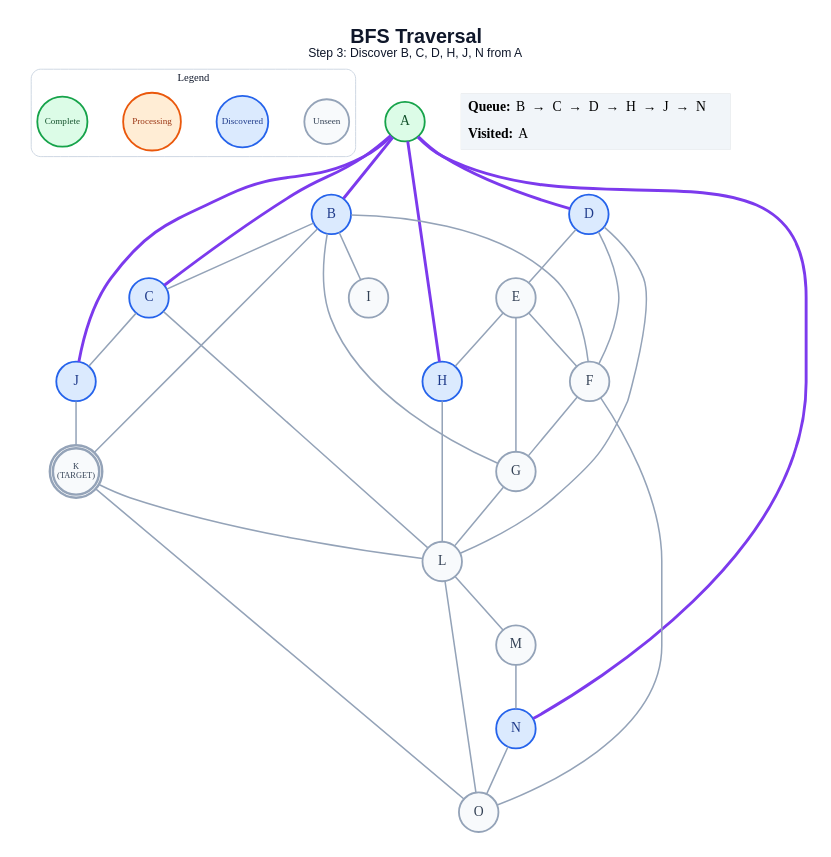
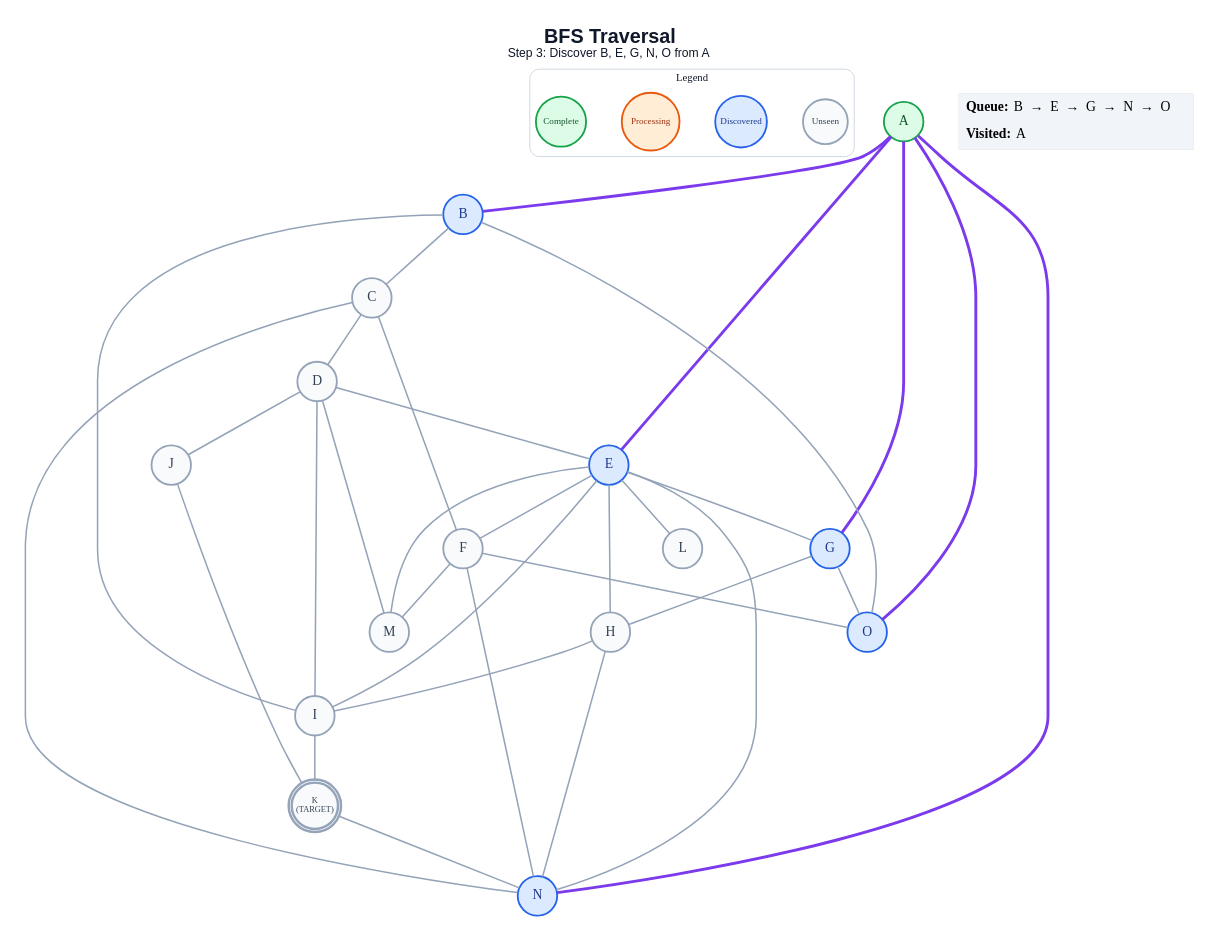
The diagram in generated/bfs/step_03.dot (anon7238593-create/ai-slop), drawn with Graphviz before and after one commit. The commit also changed 263 other files, not shown here.

```diff
--- a/generated/bfs/step_03.dot
+++ b/generated/bfs/step_03.dot
@@ -1,64 +1,66 @@
 graph traversal {
   graph [layout=dot, rankdir=TB, bgcolor="#FFFFFF", pad="0.35", nodesep="0.65", ranksep="0.8", fontname="Arial"];
   node [shape=circle, style="filled", fontname="Arial Bold", fontsize=18, width=0.72, fixedsize=true, penwidth=2.4];
   edge [color="#94A3B8", penwidth=2.0];
-  label=<<B>BFS Traversal</B><BR/><FONT POINT-SIZE="16">Step 3: Discover B, C, D, H, J, N from A</FONT>>; labelloc="t"; fontsize=26; fontname="Arial"; fontcolor="#0F172A";
+  label=<<B>BFS Traversal</B><BR/><FONT POINT-SIZE="16">Step 3: Discover B, E, G, N, O from A</FONT>>; labelloc="t"; fontsize=26; fontname="Arial"; fontcolor="#0F172A";
   subgraph cluster_legend { label="Legend"; color="#CBD5E1"; penwidth=1.2; style="rounded"; fontsize=14; fontname="Arial Bold";
     key_unseen [label="Unseen", fillcolor="#F8FAFC", color="#94A3B8", fontcolor="#334155", fontsize=12, width=0.82];
     key_frontier [label="Discovered", fillcolor="#DBEAFE", color="#2563EB", fontcolor="#1E3A8A", fontsize=12, width=0.95];
     key_current [label="Processing", fillcolor="#FFEDD5", color="#EA580C", fontcolor="#9A3412", fontsize=12, width=1.05];
     key_done [label="Complete", fillcolor="#DCFCE7", color="#16A34A", fontcolor="#14532D", fontsize=12, width=0.92];
     { rank=same; key_unseen; key_frontier; key_current; key_done; }
   }
   A [label="A", fillcolor="#DCFCE7", color="#16A34A", fontcolor="#14532D", peripheries=1, penwidth=2.4];
   B [label="B", fillcolor="#DBEAFE", color="#2563EB", fontcolor="#1E3A8A", peripheries=1, penwidth=2.4];
-  C [label="C", fillcolor="#DBEAFE", color="#2563EB", fontcolor="#1E3A8A", peripheries=1, penwidth=2.4];
-  D [label="D", fillcolor="#DBEAFE", color="#2563EB", fontcolor="#1E3A8A", peripheries=1, penwidth=2.4];
-  E [label="E", fillcolor="#F8FAFC", color="#94A3B8", fontcolor="#334155", peripheries=1, penwidth=2.4];
+  C [label="C", fillcolor="#F8FAFC", color="#94A3B8", fontcolor="#334155", peripheries=1, penwidth=2.4];
+  D [label="D", fillcolor="#F8FAFC", color="#94A3B8", fontcolor="#334155", peripheries=1, penwidth=2.4];
+  E [label="E", fillcolor="#DBEAFE", color="#2563EB", fontcolor="#1E3A8A", peripheries=1, penwidth=2.4];
   F [label="F", fillcolor="#F8FAFC", color="#94A3B8", fontcolor="#334155", peripheries=1, penwidth=2.4];
-  G [label="G", fillcolor="#F8FAFC", color="#94A3B8", fontcolor="#334155", peripheries=1, penwidth=2.4];
-  H [label="H", fillcolor="#DBEAFE", color="#2563EB", fontcolor="#1E3A8A", peripheries=1, penwidth=2.4];
+  G [label="G", fillcolor="#DBEAFE", color="#2563EB", fontcolor="#1E3A8A", peripheries=1, penwidth=2.4];
+  H [label="H", fillcolor="#F8FAFC", color="#94A3B8", fontcolor="#334155", peripheries=1, penwidth=2.4];
   I [label="I", fillcolor="#F8FAFC", color="#94A3B8", fontcolor="#334155", peripheries=1, penwidth=2.4];
-  J [label="J", fillcolor="#DBEAFE", color="#2563EB", fontcolor="#1E3A8A", peripheries=1, penwidth=2.4];
+  J [label="J", fillcolor="#F8FAFC", color="#94A3B8", fontcolor="#334155", peripheries=1, penwidth=2.4];
   K [label="K\n(TARGET)", fillcolor="#F8FAFC", color="#94A3B8", fontcolor="#334155", peripheries=2, penwidth=3.2, fontsize=11, width=0.85, height=0.85];
   L [label="L", fillcolor="#F8FAFC", color="#94A3B8", fontcolor="#334155", peripheries=1, penwidth=2.4];
   M [label="M", fillcolor="#F8FAFC", color="#94A3B8", fontcolor="#334155", peripheries=1, penwidth=2.4];
   N [label="N", fillcolor="#DBEAFE", color="#2563EB", fontcolor="#1E3A8A", peripheries=1, penwidth=2.4];
-  O [label="O", fillcolor="#F8FAFC", color="#94A3B8", fontcolor="#334155", peripheries=1, penwidth=2.4];
+  O [label="O", fillcolor="#DBEAFE", color="#2563EB", fontcolor="#1E3A8A", peripheries=1, penwidth=2.4];
   A -- B [color="#7C3AED", penwidth=3.8];
-  A -- C [color="#7C3AED", penwidth=3.8];
-  A -- D [color="#7C3AED", penwidth=3.8];
-  A -- H [color="#7C3AED", penwidth=3.8];
-  A -- J [color="#7C3AED", penwidth=3.8];
+  A -- E [color="#7C3AED", penwidth=3.8];
+  A -- G [color="#7C3AED", penwidth=3.8];
   A -- N [color="#7C3AED", penwidth=3.8];
+  A -- O [color="#7C3AED", penwidth=3.8];
   B -- C;
-  B -- F;
-  B -- G;
   B -- I;
-  B -- K;
-  C -- J;
-  C -- L;
+  B -- O;
+  C -- D;
+  C -- F;
+  C -- N;
   D -- E;
-  D -- F;
-  D -- L;
+  D -- I;
+  D -- J;
+  D -- M;
   E -- F;
   E -- G;
   E -- H;
-  F -- G;
+  E -- I;
+  E -- L;
+  E -- M;
+  E -- N;
+  F -- M;
+  F -- N;
   F -- O;
-  G -- L;
-  H -- L;
+  G -- H;
+  G -- O;
+  H -- I;
+  H -- N;
+  I -- K;
   J -- K;
-  K -- L;
-  K -- O;
-  L -- M;
-  L -- O;
-  M -- N;
-  N -- O;
+  K -- N;
   status [shape=plain, fixedsize=false, width=0, height=0, margin=0, label=<
     <TABLE BORDER="0" CELLBORDER="0" CELLPADDING="7" BGCOLOR="#F1F5F9">
-      <TR><TD ALIGN="LEFT"><B>Queue:</B> B  →  C  →  D  →  H  →  J  →  N</TD></TR>
+      <TR><TD ALIGN="LEFT"><B>Queue:</B> B  →  E  →  G  →  N  →  O</TD></TR>
       <TR><TD ALIGN="LEFT"><B>Visited:</B> A</TD></TR>
     </TABLE>
   >];
 }
```
